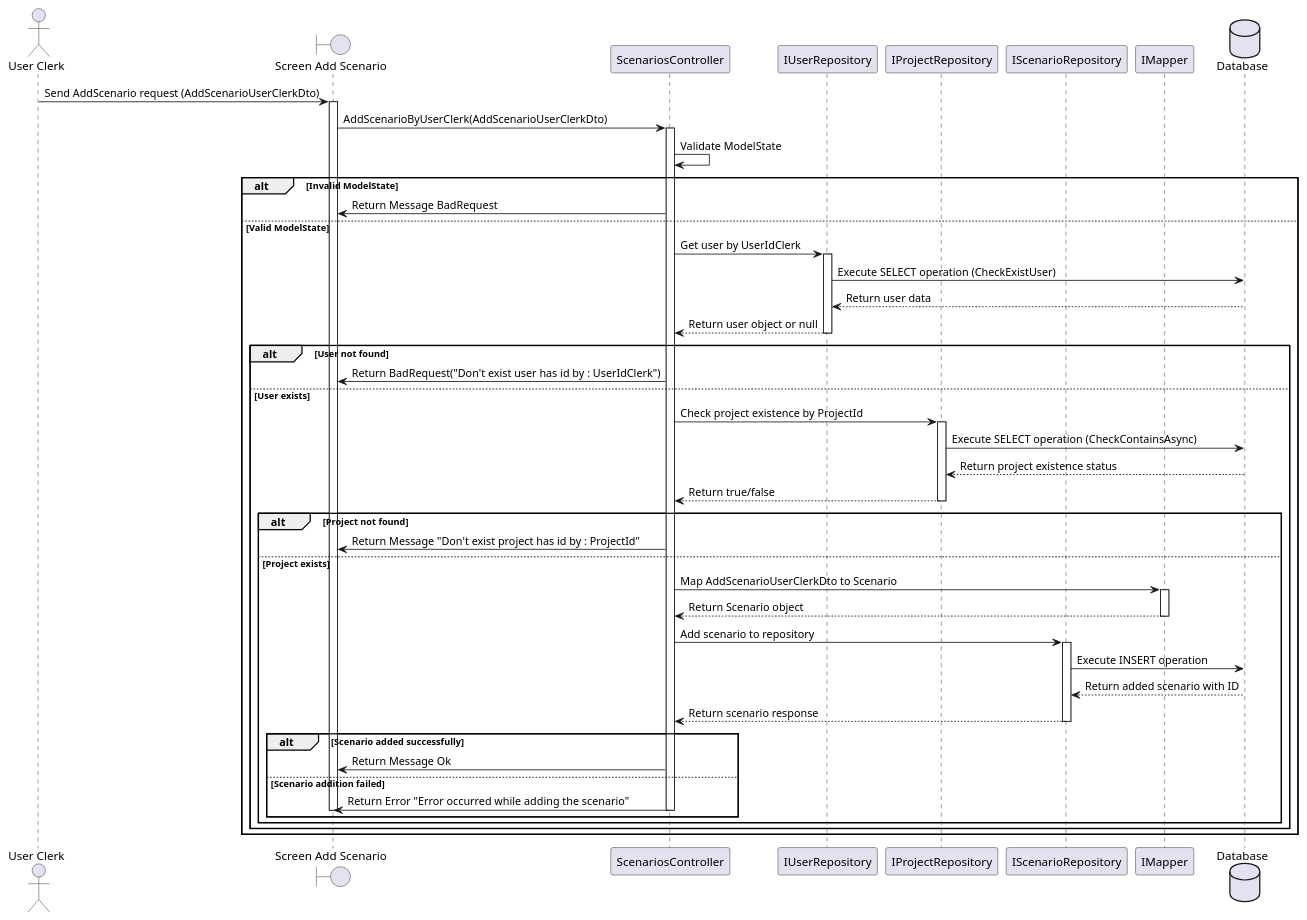
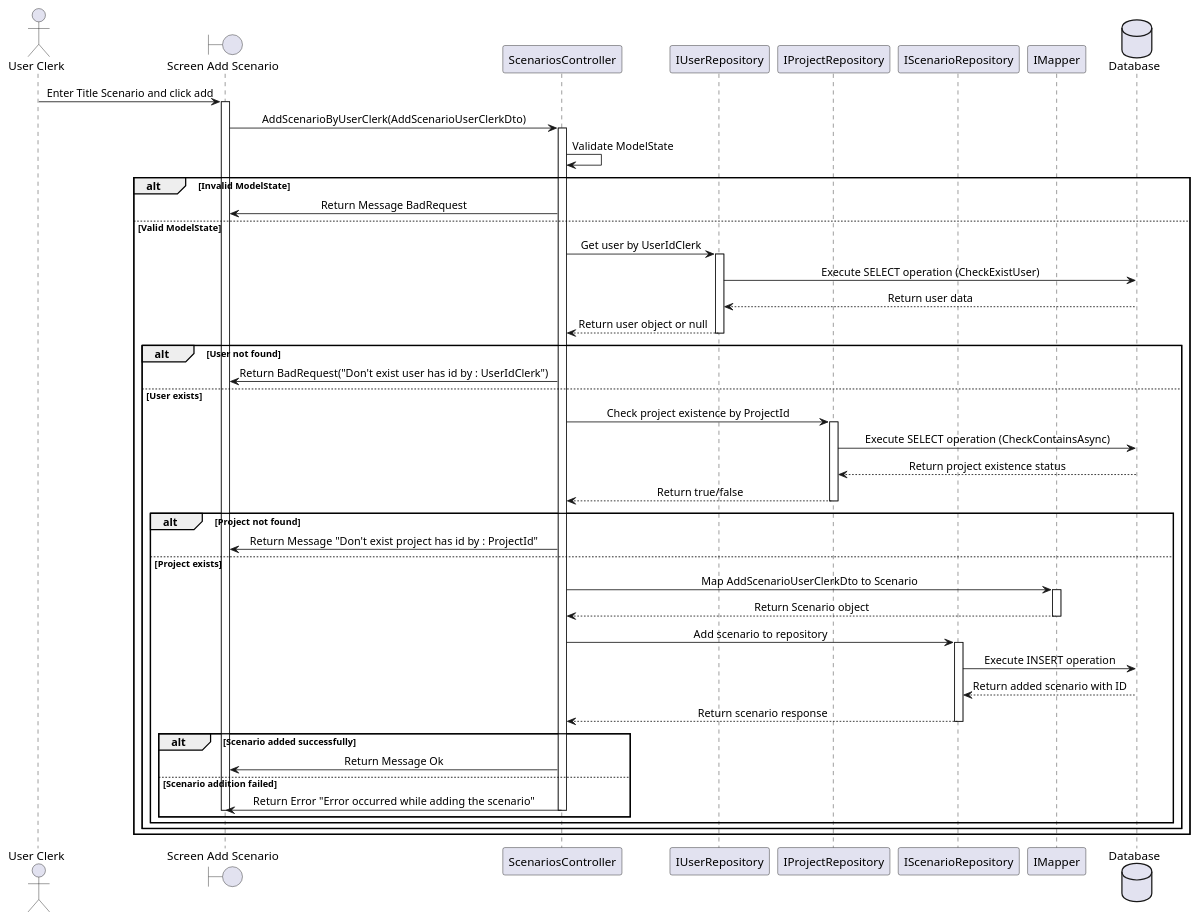
Before and after one commit to Caothuludau/InSyncDocument: the diagram in ClassDiagram/ScenarioManagement/AddScenarioSequenceDiagram.plantuml, drawn with PlantUML. The commit also changed 7 other files, not shown here.

Commit message:
code diagram

```diff
--- a/ClassDiagram/ScenarioManagement/AddScenarioSequenceDiagram.plantuml
+++ b/ClassDiagram/ScenarioManagement/AddScenarioSequenceDiagram.plantuml
@@ -1,68 +1,69 @@
 @startuml AddScenarioByUserClerkSequenceDiagram
+skinparam SequenceMessageAlignment center
 actor "User Clerk" as U
 boundary "Screen Add Scenario" as Client
 participant "ScenariosController" as ScenariosController
 participant "IUserRepository" as UserRepo
 participant "IProjectRepository" as ProjectRepo
 participant "IScenarioRepository" as ScenarioRepo
 participant "IMapper" as Mapper
 database "Database" as DB
 
-U -> Client : Send AddScenario request (AddScenarioUserClerkDto)
+U -> Client : Enter Title Scenario and click add
 activate Client
 
 Client -> ScenariosController : AddScenarioByUserClerk(AddScenarioUserClerkDto)
 activate ScenariosController
 
 
     ScenariosController -> ScenariosController : Validate ModelState
     alt Invalid ModelState
         ScenariosController -> Client : Return Message BadRequest
 
     else Valid ModelState
         ScenariosController -> UserRepo : Get user by UserIdClerk
         activate UserRepo
         UserRepo -> DB : Execute SELECT operation (CheckExistUser)
         DB --> UserRepo : Return user data
         UserRepo --> ScenariosController : Return user object or null
         deactivate UserRepo
 
         alt User not found
             ScenariosController -> Client : Return BadRequest("Don't exist user has id by : UserIdClerk")
         else User exists
             ScenariosController -> ProjectRepo : Check project existence by ProjectId
             activate ProjectRepo
             ProjectRepo -> DB : Execute SELECT operation (CheckContainsAsync)
             DB --> ProjectRepo : Return project existence status
             ProjectRepo --> ScenariosController : Return true/false
             deactivate ProjectRepo
 
             alt Project not found
                 ScenariosController -> Client : Return Message "Don't exist project has id by : ProjectId"
             else Project exists
                 ScenariosController -> Mapper : Map AddScenarioUserClerkDto to Scenario
                 activate Mapper
                 Mapper --> ScenariosController : Return Scenario object
                 deactivate Mapper
 
                 ScenariosController -> ScenarioRepo : Add scenario to repository
                 activate ScenarioRepo
                 ScenarioRepo -> DB : Execute INSERT operation
                 DB --> ScenarioRepo : Return added scenario with ID
                 ScenarioRepo --> ScenariosController : Return scenario response
                 deactivate ScenarioRepo
 
                 alt Scenario added successfully
                     ScenariosController -> Client : Return Message Ok
                 else Scenario addition failed
                     ScenariosController -> Client : Return Error "Error occurred while adding the scenario"
                     deactivate Client
                     deactivate ScenariosController
                 end
             end
         end
     end
 
 
 
 @enduml
```
